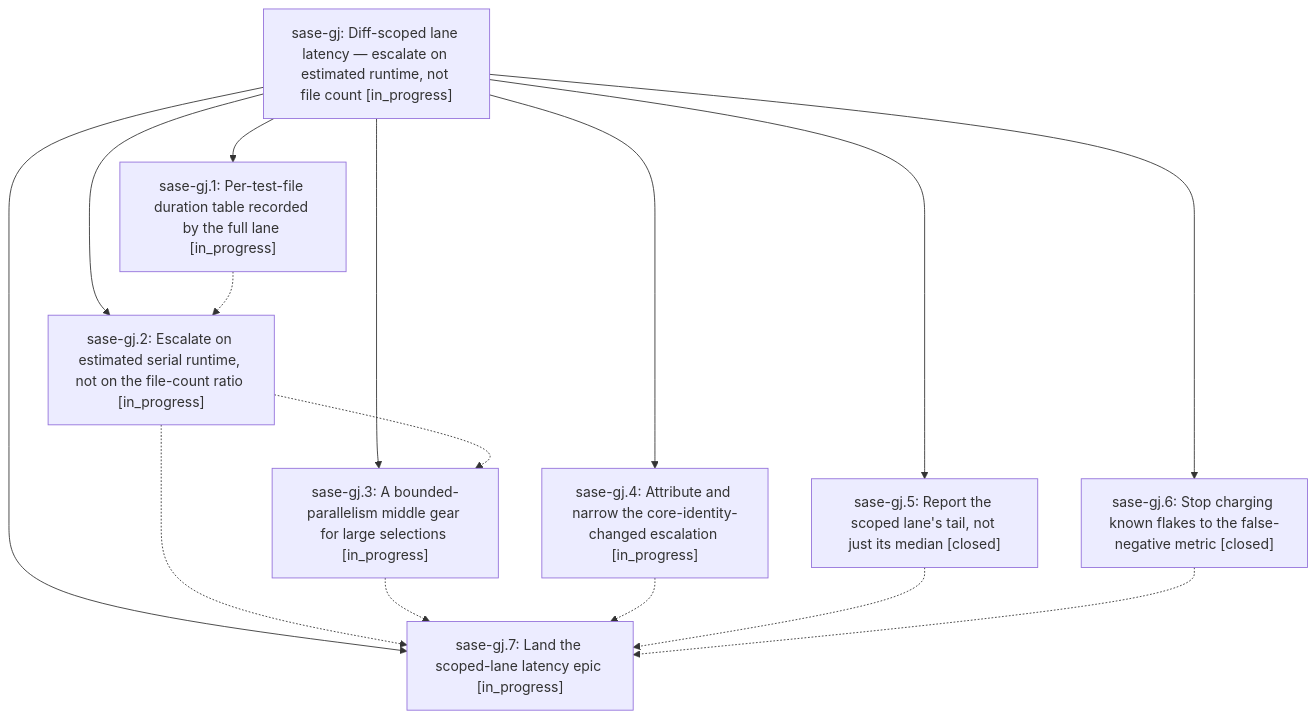
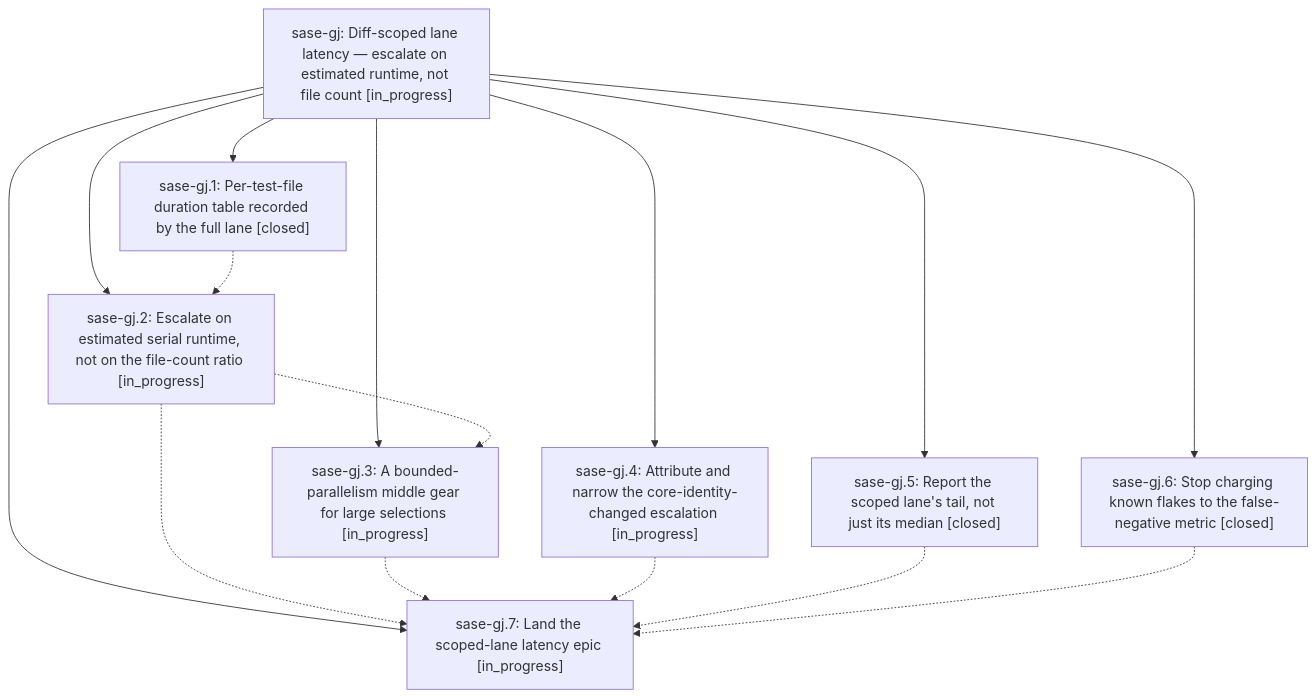
One commit to sase-org/sase--beads changed the diagram in pages/sase-gj/README.md. Above: the diagram before and after it, drawn with Mermaid. The commit also changed other lines of this file and 2 other files, not shown here.

First line of the commit message:
chore(beads): sync bead state and pages for sase-gj

````diff
--- a/pages/sase-gj/README.md
+++ b/pages/sase-gj/README.md
@@ -28,25 +28,25 @@
 ```mermaid
 flowchart TD
     n0["sase-gj: Diff-scoped lane latency — escalate on estimated runtime, not file count [in_progress]"]
-    n1["sase-gj.1: Per-test-file duration table recorded by the full lane [in_progress]"]
+    n1["sase-gj.1: Per-test-file duration table recorded by the full lane [closed]"]
     n2["sase-gj.2: Escalate on estimated serial runtime, not on the file-count ratio [in_progress]"]
     n3["sase-gj.3: A bounded-parallelism middle gear for large selections [in_progress]"]
     n4["sase-gj.4: Attribute and narrow the core-identity-changed escalation [in_progress]"]
     n5["sase-gj.5: Report the scoped lane's tail, not just its median [closed]"]
     n6["sase-gj.6: Stop charging known flakes to the false-negative metric [closed]"]
     n7["sase-gj.7: Land the scoped-lane latency epic [in_progress]"]
     n0 --> n1
     n0 --> n2
     n0 --> n3
     n0 --> n4
     n0 --> n5
     n0 --> n6
     n0 --> n7
     n1 -.-> n2
     n2 -.-> n3
     n2 -.-> n7
     n3 -.-> n7
     n4 -.-> n7
     n5 -.-> n7
     n6 -.-> n7
 ```
````
